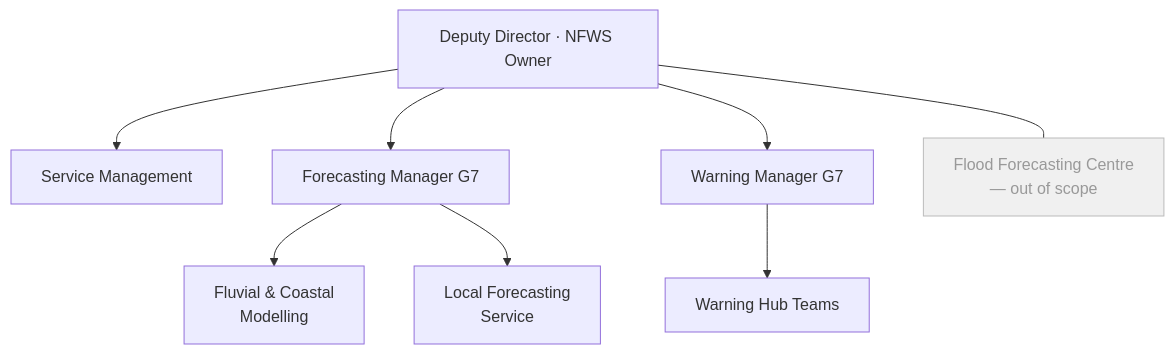
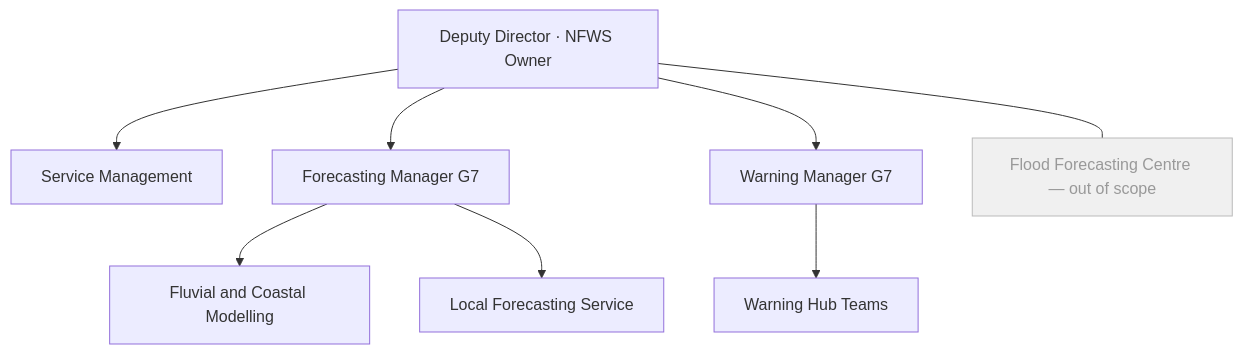
One commit to JonPayneEA/Governance changed the diagram in 01-governance-framework.qmd. Above: the diagram before and after it, drawn with Mermaid. The commit also changed 2 other files, not shown here.

Commit message:
fix: replace \n with <br/> in Mermaid node labels; simplify multi-line labels
\n is not interpreted as a line break in Mermaid — renders literally.
Switched to <br/> where line breaks are needed; removed bullet-point
content from node labels in favour of single-line identifiers.

````diff
--- a/01-governance-framework.qmd
+++ b/01-governance-framework.qmd
@@ -37,22 +37,22 @@
 ```{mermaid}
 graph TD
     DD["Deputy Director · NFWS Owner"]
     SM["Service Management"]
     FM["Forecasting Manager G7"]
     WM["Warning Manager G7"]
-    FFM["Fluvial & Coastal\nModelling"]
-    LFS["Local Forecasting\nService"]
+    FFM["Fluvial and Coastal Modelling"]
+    LFS["Local Forecasting Service"]
     WH["Warning Hub Teams"]
-    FFC["Flood Forecasting Centre\n— out of scope"]
+    FFC["Flood Forecasting Centre — out of scope"]
 
     DD --> SM
     DD --> FM
     DD --> WM
     DD --- FFC
 
     FM --> FFM
     FM --> LFS
     WM --> WH
 
     style FFC fill:#f0f0f0,stroke:#bbb,color:#999
 ```
````
